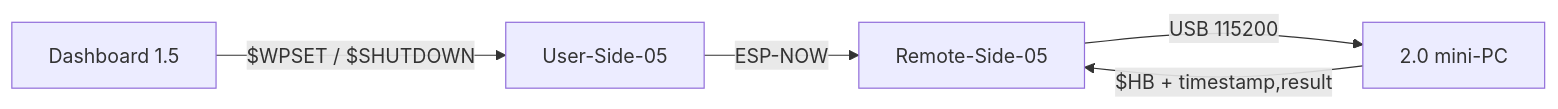
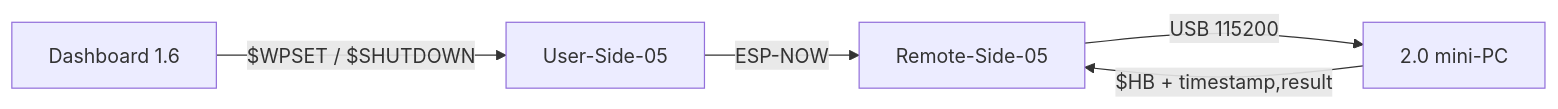
The first of 3 diagrams in Cpp_Files/Cpp_ReadWriteSerial-2.0-ENU-NMPC-beta/README.md (InskalBTHBPPT/Ship_Model_Control_ESP32-S3-v2026.01), drawn with Mermaid before and after one commit. The commit also changed other lines of this file and 6 other files, not shown here.

````diff
--- a/Cpp_Files/Cpp_ReadWriteSerial-2.0-ENU-NMPC-beta/README.md
+++ b/Cpp_Files/Cpp_ReadWriteSerial-2.0-ENU-NMPC-beta/README.md
@@ -41,7 +41,7 @@
 ```mermaid
 flowchart LR
-  Dash["Dashboard 1.5"] -->|"$WPSET / $SHUTDOWN"| User["User-Side-05"]
+  Dash["Dashboard 1.6"] -->|"$WPSET / $SHUTDOWN"| User["User-Side-05"]
   User -->|"ESP-NOW"| Remote["Remote-Side-05"]
   Remote -->|"USB 115200"| Bridge["2.0 mini-PC"]
   Bridge -->|"$HB + timestamp,result"| Remote
 ```
````
